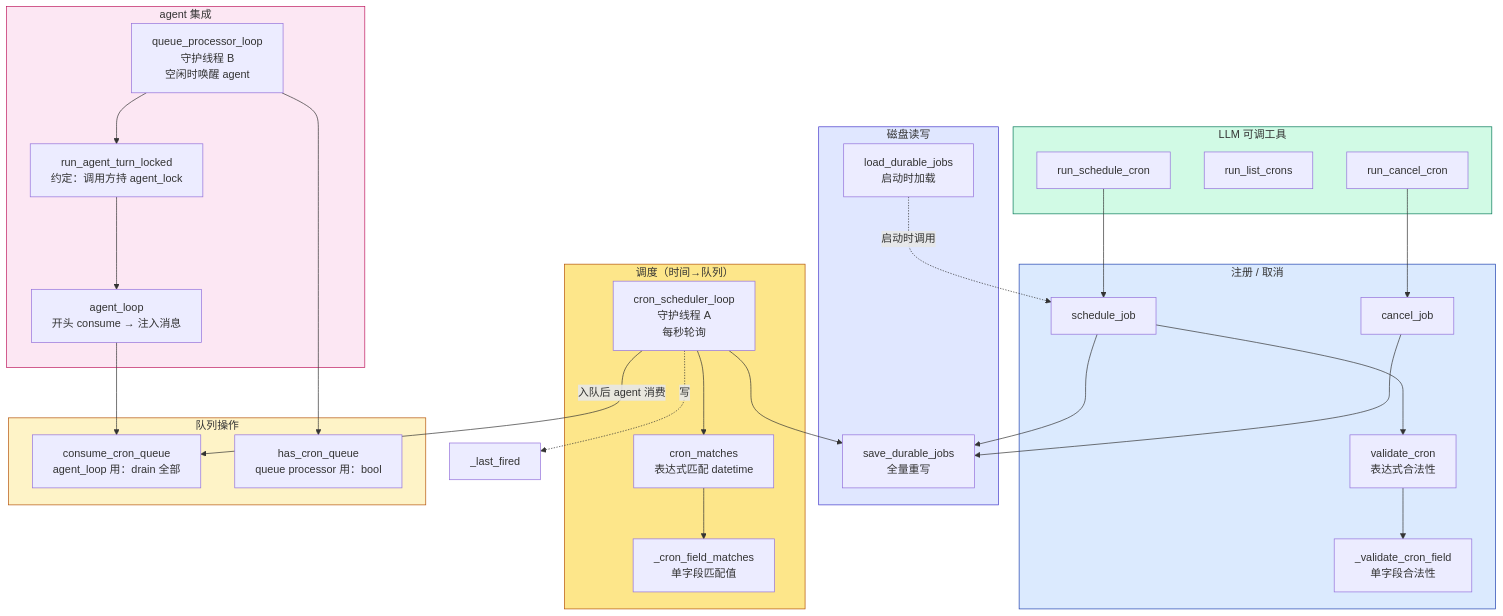
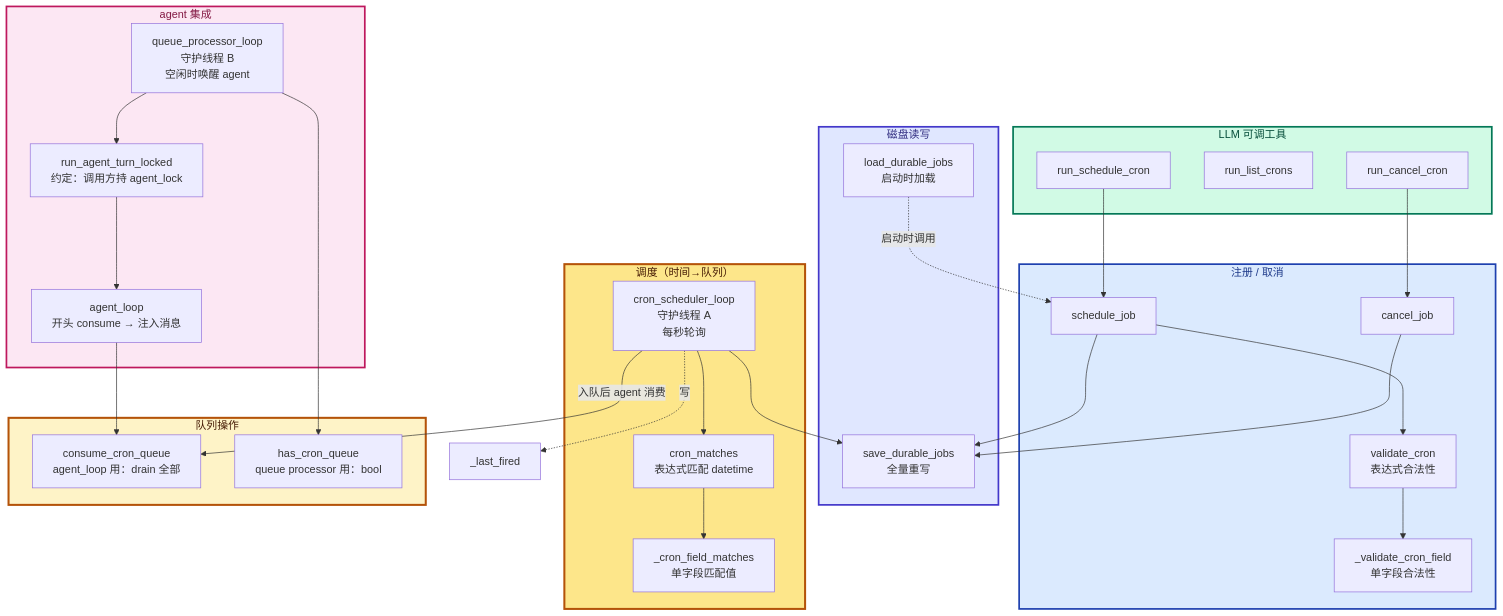
Before and after one commit to PyrePuin/From-Zero-LLM-Agent-Infra-Notes: the second of 3 diagrams in Agent/Harness/Claude Code/Phase 4 - 长时间任务/14 - Cron Scheduler.md, drawn with Mermaid. The commit also changed other lines of this file and 23 other files, not shown here.

First line of the commit message:
refactor(mermaid): 统一所有图的视觉规范

````diff
--- a/Agent/Harness/Claude Code/Phase 4 - 长时间任务/14 - Cron Scheduler.md
+++ b/Agent/Harness/Claude Code/Phase 4 - 长时间任务/14 - Cron Scheduler.md
@@ -263,60 +264,61 @@
 ```mermaid
+%%{init: {'themeVariables': {'fontSize': '16px', 'fontFamily': 'ui-sans-serif, system-ui, -apple-system, "Segoe UI", Roboto, sans-serif'}}}%%
 flowchart TB
     subgraph Tools["LLM 可调工具"]
         T1["run_schedule_cron"]
         T2["run_list_crons"]
         T3["run_cancel_cron"]
     end
 
     subgraph Registration["注册 / 取消"]
         R1["schedule_job"]
         R2["cancel_job"]
         R3["validate_cron<br/>表达式合法性"]
         R4["_validate_cron_field<br/>单字段合法性"]
     end
 
     subgraph Persistence["磁盘读写"]
         P1["save_durable_jobs<br/>全量重写"]
         P2["load_durable_jobs<br/>启动时加载"]
     end
 
     subgraph Scheduler["调度（时间→队列）"]
         S1["cron_scheduler_loop<br/>守护线程 A<br/>每秒轮询"]
         S2["cron_matches<br/>表达式匹配 datetime"]
         S3["_cron_field_matches<br/>单字段匹配值"]
     end
 
     subgraph Queue["队列操作"]
         Q1["consume_cron_queue<br/>agent_loop 用：drain 全部"]
         Q2["has_cron_queue<br/>queue processor 用：bool"]
     end
 
     subgraph Agent["agent 集成"]
         A1["agent_loop<br/>开头 consume → 注入消息"]
         A2["queue_processor_loop<br/>守护线程 B<br/>空闲时唤醒 agent"]
         A3["run_agent_turn_locked<br/>约定：调用方持 agent_lock"]
     end
 
     T1 --> R1
     T3 --> R2
     R1 --> R3 --> R4
     R1 --> P1
     R2 --> P1
     P2 -.->|"启动时调用"| R1
 
     S1 --> S2 --> S3
     S1 -->|"入队后 agent 消费"| Q1
     S1 --> P1
     S1 -.->|"写"| LF["_last_fired"]
 
     A1 --> Q1
     A2 --> Q2
     A2 --> A3 --> A1
 
-    style Tools fill:#d1fae5,stroke:#047857
-    style Registration fill:#dbeafe,stroke:#1e40af
-    style Persistence fill:#e0e7ff,stroke:#4338ca
-    style Scheduler fill:#fde68a,stroke:#b45309
-    style Queue fill:#fef3c7,stroke:#b45309
-    style Agent fill:#fce7f3,stroke:#be185d
+    style Tools fill:#d1fae5,stroke:#047857,stroke-width:2.5px,color:#064e3b
+    style Registration fill:#dbeafe,stroke:#1e40af,stroke-width:2.5px,color:#1e3a8a
+    style Persistence fill:#e0e7ff,stroke:#4338ca,stroke-width:2.5px,color:#312e81
+    style Scheduler fill:#fde68a,stroke:#b45309,stroke-width:3px,color:#451a03
+    style Queue fill:#fef3c7,stroke:#b45309,stroke-width:3px,color:#451a03
+    style Agent fill:#fce7f3,stroke:#be185d,stroke-width:2.5px,color:#831843
 ```
````
